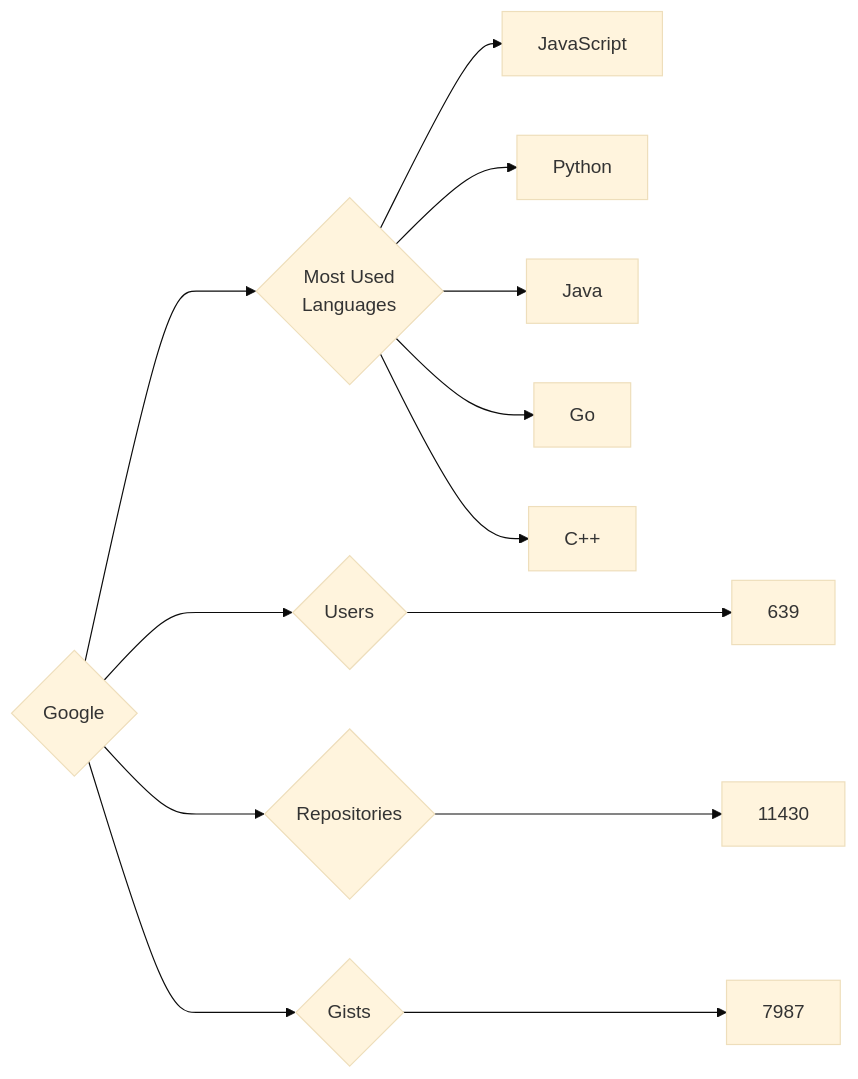
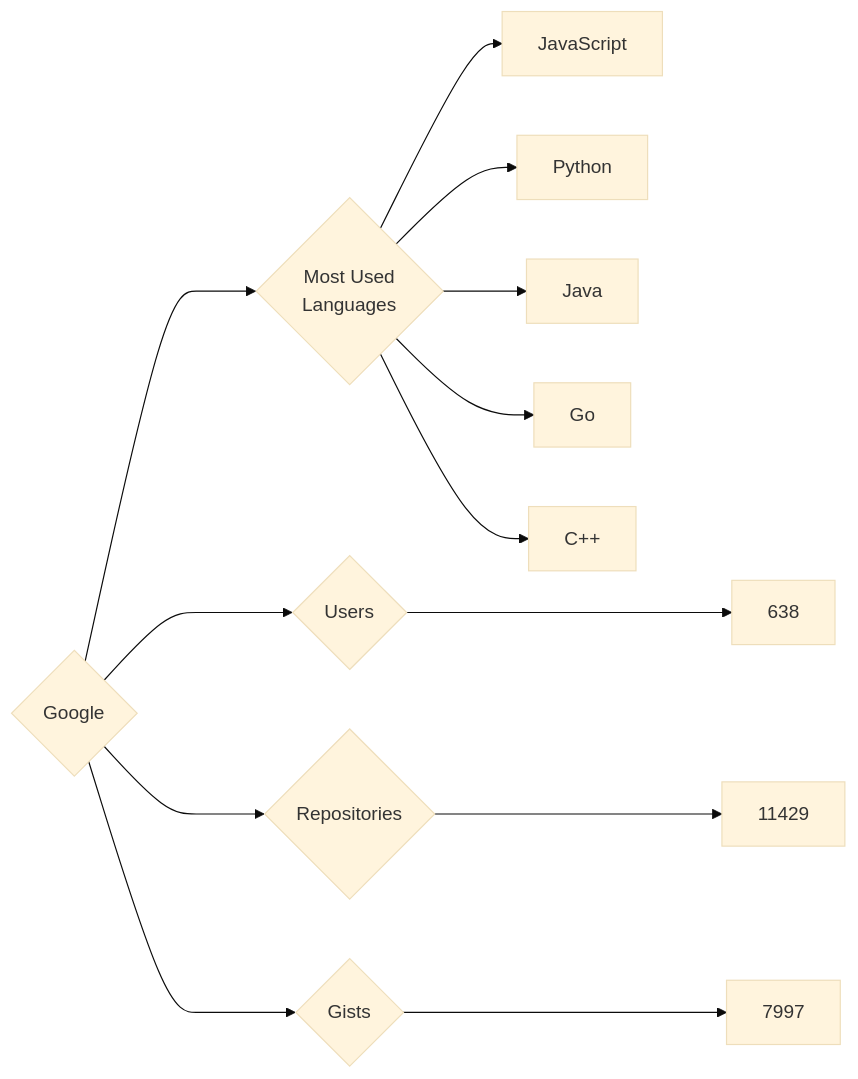
The diagram in targets/Google/README.md (trickest/insiders), drawn with Mermaid (base theme) before and after one commit. The commit also changed 757 other files, not shown here.

````diff
--- a/targets/Google/README.md
+++ b/targets/Google/README.md
@@ -3,13 +3,13 @@
 ```mermaid
 graph LR
 COMPANY_NAME{Google}
-COMPANY_NAME ---> U{Users} ---> UN[639]
-COMPANY_NAME ---> R{Repositories} ---> RN[11430]
-COMPANY_NAME ---> G{Gists} ---> GN[7987]
+COMPANY_NAME ---> U{Users} ---> UN[638]
+COMPANY_NAME ---> R{Repositories} ---> RN[11429]
+COMPANY_NAME ---> G{Gists} ---> GN[7997]
 COMPANY_NAME ---> ML{Most Used<br>Languages}
 ML --> JavaScript[JavaScript]
 ML --> Python[Python]
 ML --> Java[Java]
 ML --> Go[Go]
 ML --> C++[C++]
 ```
````
